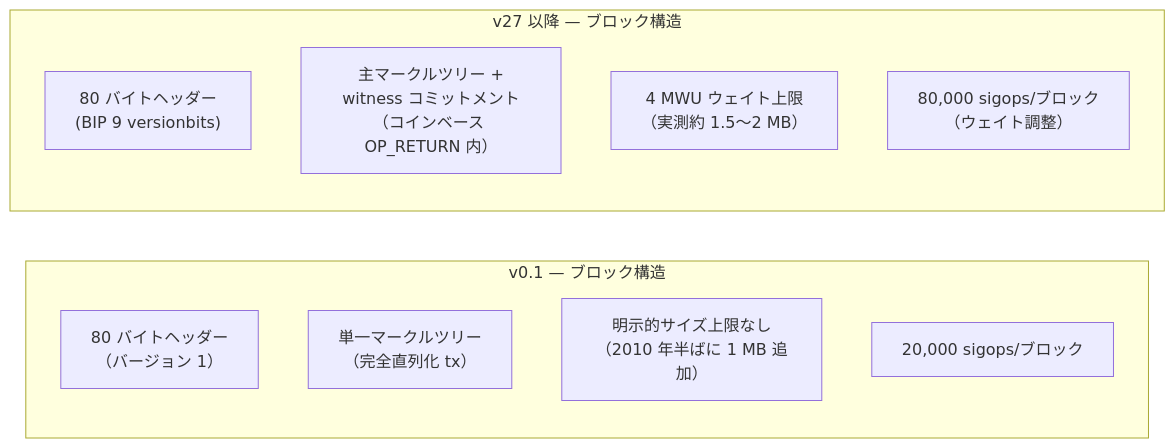
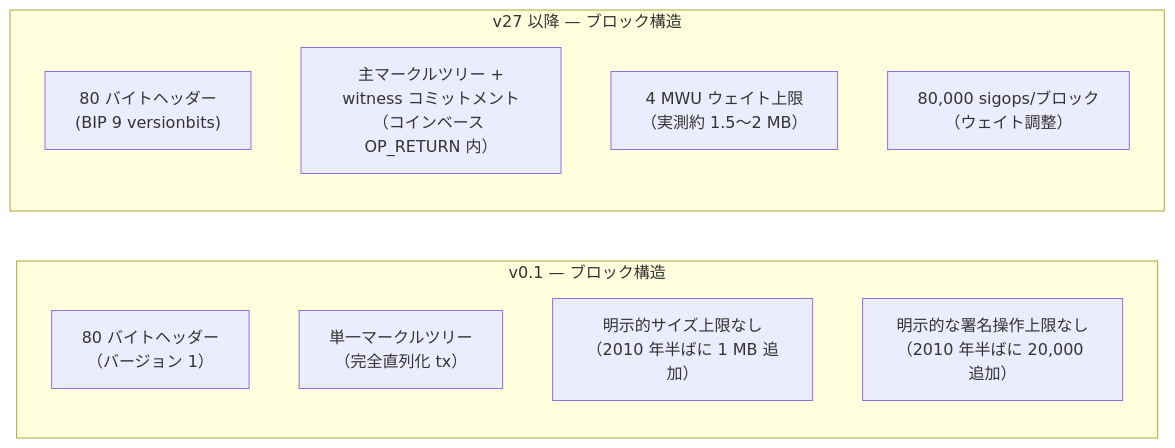
One commit to cypher256/BitcoinArchive changed the fourth of 10 diagrams in src/data/translations/ja/design/2009-01-03-bitcoin-architecture-evolution.md. Above: the diagram before and after it, drawn with Mermaid. The commit also changed other lines of this file and 19 other files, not shown here.

````diff
--- a/src/data/translations/ja/design/2009-01-03-bitcoin-architecture-evolution.md
+++ b/src/data/translations/ja/design/2009-01-03-bitcoin-architecture-evolution.md
@@ -149,18 +149,18 @@
 ```mermaid
 flowchart LR
     subgraph V01_BLK["v0.1 — ブロック構造"]
         direction TB
         HDR_0["80 バイトヘッダー<br/>（バージョン 1）"]
         MERK_0["単一マークルツリー<br/>（完全直列化 tx）"]
         SIZE_0["明示的サイズ上限なし<br/>（2010 年半ばに 1 MB 追加）"]
-        SIGOP_0["20,000 sigops/ブロック"]
+        SIGOP_0["明示的な署名操作上限なし<br/>（2010 年半ばに 20,000 追加）"]
     end
 
     subgraph V27_BLK["v27 以降 — ブロック構造"]
         direction TB
         HDR_N["80 バイトヘッダー<br/>(BIP 9 versionbits)"]
         MERK_N["主マークルツリー +<br/>witness コミットメント<br/>（コインベース OP_RETURN 内）"]
         WEIGHT["4 MWU ウェイト上限<br/>（実測約 1.5〜2 MB）"]
         SIGOP_N["80,000 sigops/ブロック<br/>（ウェイト調整）"]
     end
 ```
````
